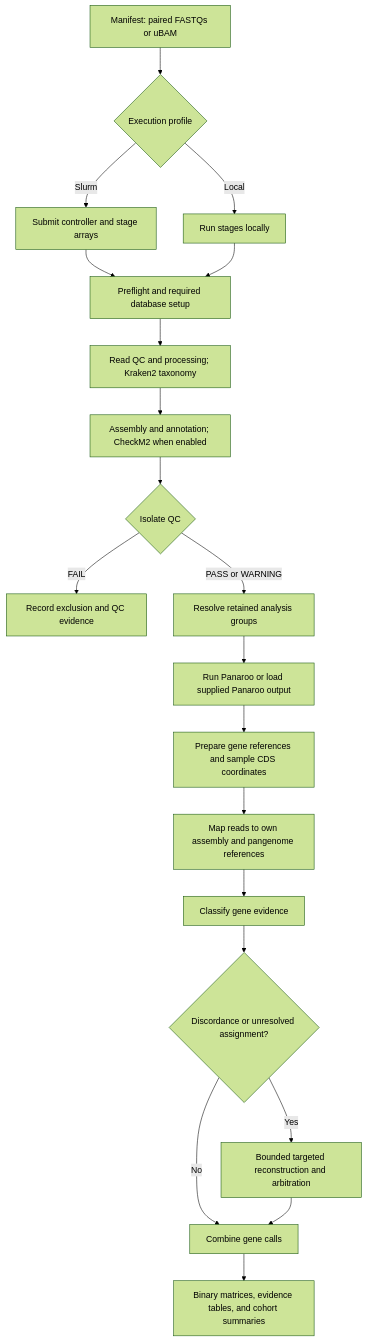
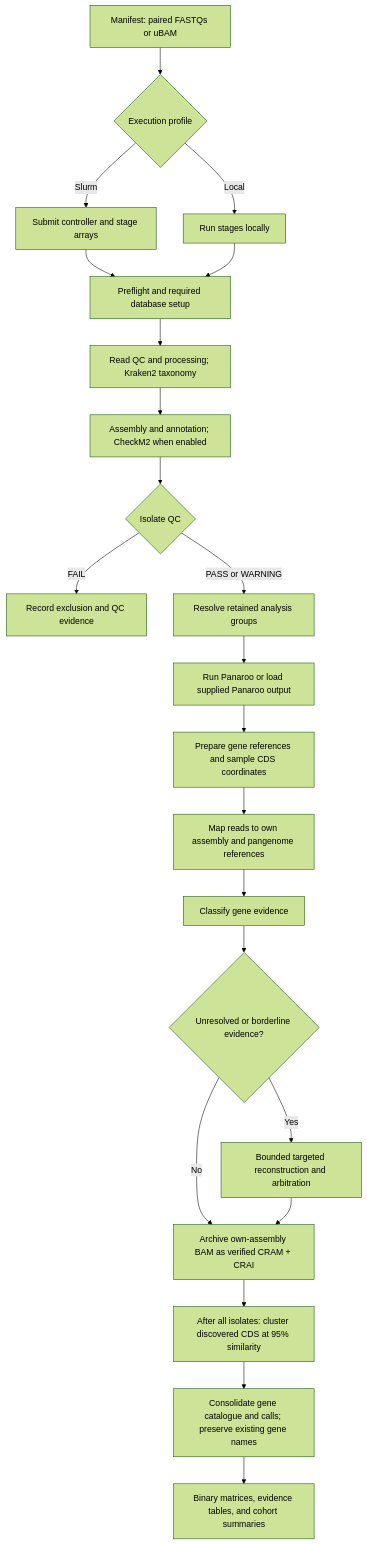
Before and after one commit to AndriyPlakhotnyk/CleanGene: the first of 2 diagrams in README.md, drawn with Mermaid (forest theme). The commit also changed other lines of this file and 17 other files, not shown here.

Commit message:
Archive read evidence and consolidate reconstructed genes

````diff
--- a/README.md
+++ b/README.md
@@ -24,22 +24,24 @@
 ```mermaid
 flowchart TD
     A["Manifest: paired FASTQs or uBAM"] --> B{"Execution profile"}
     B -->|Slurm| C["Submit controller and stage arrays"]
     B -->|Local| D["Run stages locally"]
     C --> E["Preflight and required database setup"]
     D --> E
     E --> F["Read QC and processing; Kraken2 taxonomy"]
     F --> G["Assembly and annotation; CheckM2 when enabled"]
     G --> H{"Isolate QC"}
     H -->|FAIL| X["Record exclusion and QC evidence"]
     H -->|PASS or WARNING| I["Resolve retained analysis groups"]
     I --> J["Run Panaroo or load supplied Panaroo output"]
     J --> K["Prepare gene references and sample CDS coordinates"]
     K --> L["Map reads to own assembly and pangenome references"]
     L --> M["Classify gene evidence"]
-    M --> N{"Discordance or unresolved assignment?"}
+    M --> N{"Unresolved or borderline evidence?"}
     N -->|Yes| O["Bounded targeted reconstruction and arbitration"]
-    N -->|No| P["Combine gene calls"]
+    N -->|No| P["Archive own-assembly BAM as verified CRAM + CRAI"]
     O --> P
-    P --> Q["Binary matrices, evidence tables, and cohort summaries"]
+    P --> R["After all isolates: cluster discovered CDS at 95% similarity"]
+    R --> S["Consolidate gene catalogue and calls; preserve existing gene names"]
+    S --> Q["Binary matrices, evidence tables, and cohort summaries"]
 ```
````
